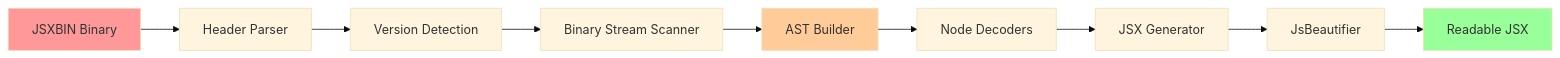
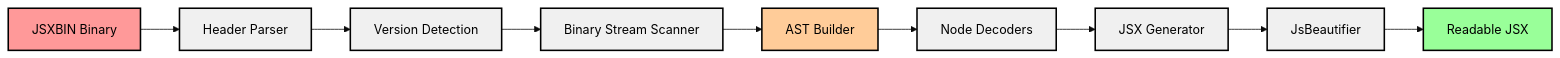
The diagram in README.md (YgalaxyY/Adobe-JSXBIN-Decoder), drawn with Mermaid (base theme) before and after one commit.

````diff
--- a/README.md
+++ b/README.md
@@ -31,15 +31,21 @@
 ```mermaid
 graph LR
     A[JSXBIN Binary] --> B[Header Parser]
     B --> C[Version Detection]
     C --> D[Binary Stream Scanner]
     D --> E[AST Builder]
     E --> F[Node Decoders]
     F --> G[JSX Generator]
     G --> H[JsBeautifier]
     H --> I[Readable JSX]
     
-    style A fill:#ff9999
-    style I fill:#99ff99
-    style E fill:#ffcc99
+    style A fill:#ff9999,color:#000000,stroke:#000000,stroke-width:2px
+    style I fill:#99ff99,color:#000000,stroke:#000000,stroke-width:2px
+    style E fill:#ffcc99,color:#000000,stroke:#000000,stroke-width:2px
+    style B fill:#f0f0f0,color:#000000,stroke:#000000,stroke-width:2px
+    style C fill:#f0f0f0,color:#000000,stroke:#000000,stroke-width:2px
+    style D fill:#f0f0f0,color:#000000,stroke:#000000,stroke-width:2px
+    style F fill:#f0f0f0,color:#000000,stroke:#000000,stroke-width:2px
+    style G fill:#f0f0f0,color:#000000,stroke:#000000,stroke-width:2px
+    style H fill:#f0f0f0,color:#000000,stroke:#000000,stroke-width:2px
 ```
````
